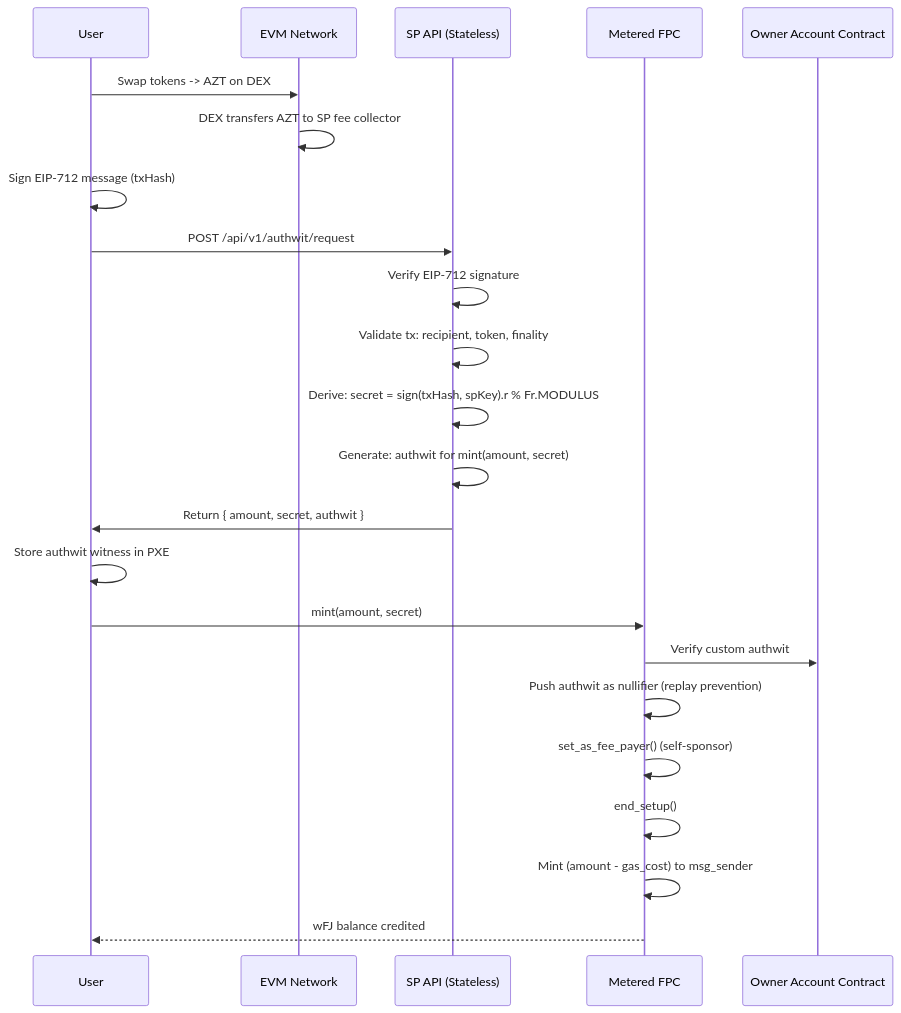
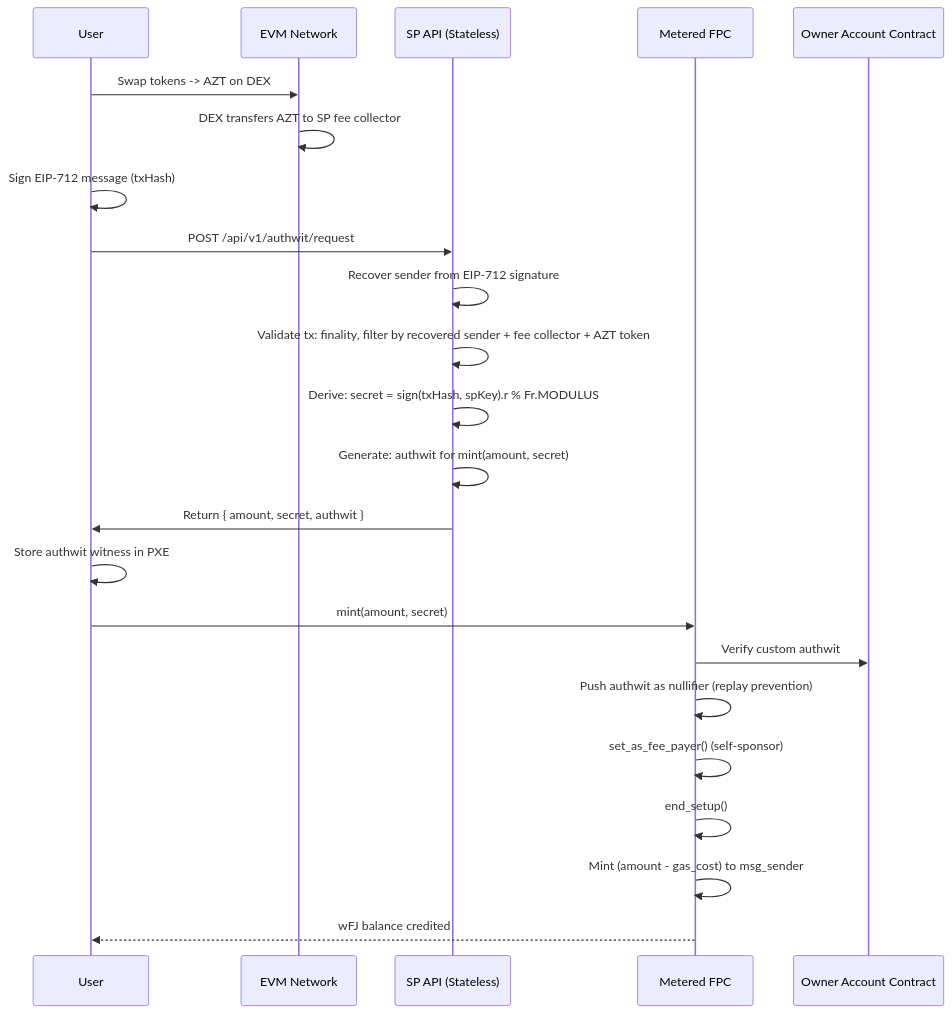
One commit to defi-wonderland/aztec-fee-payment changed the third of 3 diagrams in docs/Fee Payment Contract (FPC) — Product Requirements.md. Above: the diagram before and after it, drawn with Mermaid. The commit also changed other lines of this file and 11 other files, not shown here.

Commit message:
feat: token sender rather than tx origin

````diff
--- a/docs/Fee Payment Contract (FPC) — Product Requirements.md
+++ b/docs/Fee Payment Contract (FPC) — Product Requirements.md
@@ -522,28 +520,28 @@
 ```mermaid
 sequenceDiagram
     participant User
     participant EVM as EVM Network
     participant API as SP API (Stateless)
     participant FPC as Metered FPC
     participant OAC as Owner Account Contract
 
     User->>EVM: Swap tokens -> AZT on DEX
     EVM->>EVM: DEX transfers AZT to SP fee collector
     User->>User: Sign EIP-712 message (txHash)
     User->>API: POST /api/v1/authwit/request
 
-    API->>API: Verify EIP-712 signature
-    API->>API: Validate tx: recipient, token, finality
+    API->>API: Recover sender from EIP-712 signature
+    API->>API: Validate tx: finality, filter by recovered sender + fee collector + AZT token
     API->>API: Derive: secret = sign(txHash, spKey).r % Fr.MODULUS
     API->>API: Generate: authwit for mint(amount, secret)
     API->>User: Return { amount, secret, authwit }
 
     User->>User: Store authwit witness in PXE
     User->>FPC: mint(amount, secret)
     FPC->>OAC: Verify custom authwit
     FPC->>FPC: Push authwit as nullifier (replay prevention)
     FPC->>FPC: set_as_fee_payer() (self-sponsor)
     FPC->>FPC: end_setup()
     FPC->>FPC: Mint (amount - gas_cost) to msg_sender
     FPC-->>User: wFJ balance credited
 ```
````
